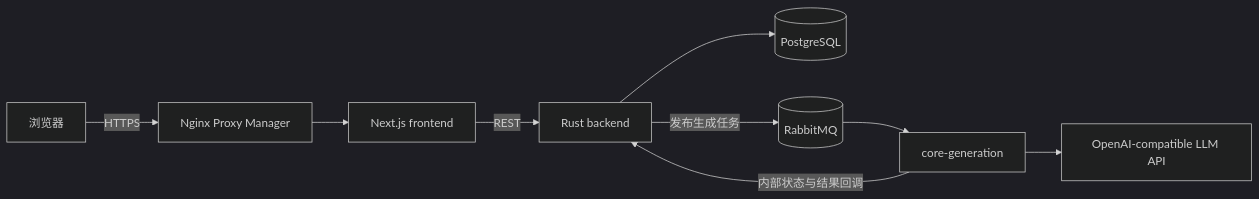
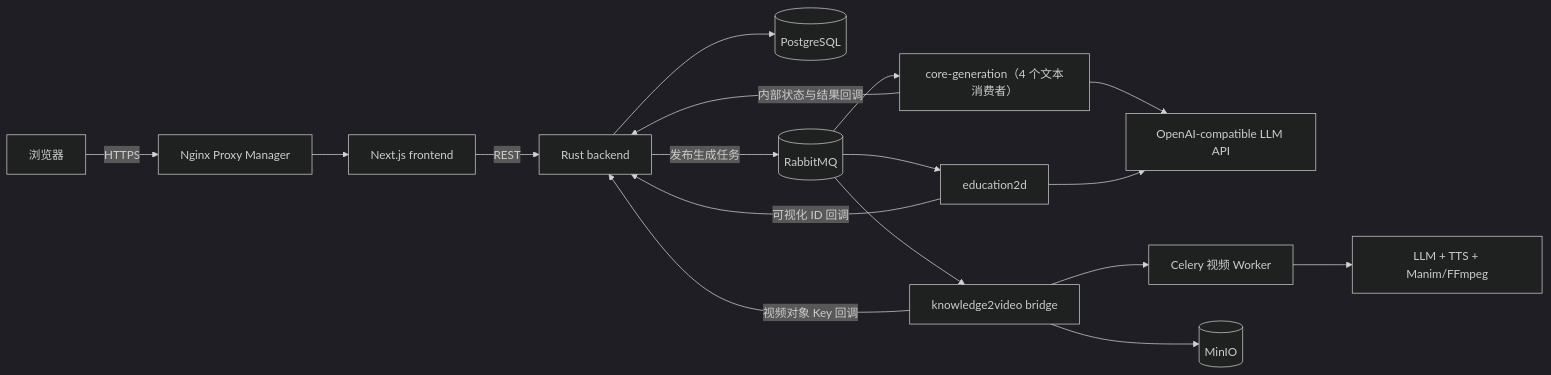
One commit to wcxxx57/Software-Engineering changed the diagram in README.md. Above: the diagram before and after it, drawn with Mermaid (dark theme). The commit also changed other lines of this file and 239 other files, not shown here.

````diff
--- a/README.md
+++ b/README.md
@@ -30,11 +34,19 @@
 ```mermaid
 flowchart LR
     U["浏览器"] -->|"HTTPS"| NPM["Nginx Proxy Manager"]
     NPM --> FE["Next.js frontend"]
     FE -->|"REST"| BE["Rust backend"]
     BE --> PG[("PostgreSQL")]
     BE -->|"发布生成任务"| MQ[("RabbitMQ")]
-    MQ --> CORE["core-generation"]
+    MQ --> CORE["core-generation（4 个文本消费者）"]
+    MQ --> EDU["education2d"]
+    MQ --> K2V["knowledge2video bridge"]
     CORE --> LLM["OpenAI-compatible LLM API"]
+    EDU --> LLM
+    K2V --> CELERY["Celery 视频 Worker"]
+    CELERY --> TTS["LLM + TTS + Manim/FFmpeg"]
+    K2V --> MINIO[("MinIO")]
     CORE -->|"内部状态与结果回调"| BE
+    EDU -->|"可视化 ID 回调"| BE
+    K2V -->|"视频对象 Key 回调"| BE
 ```
````
